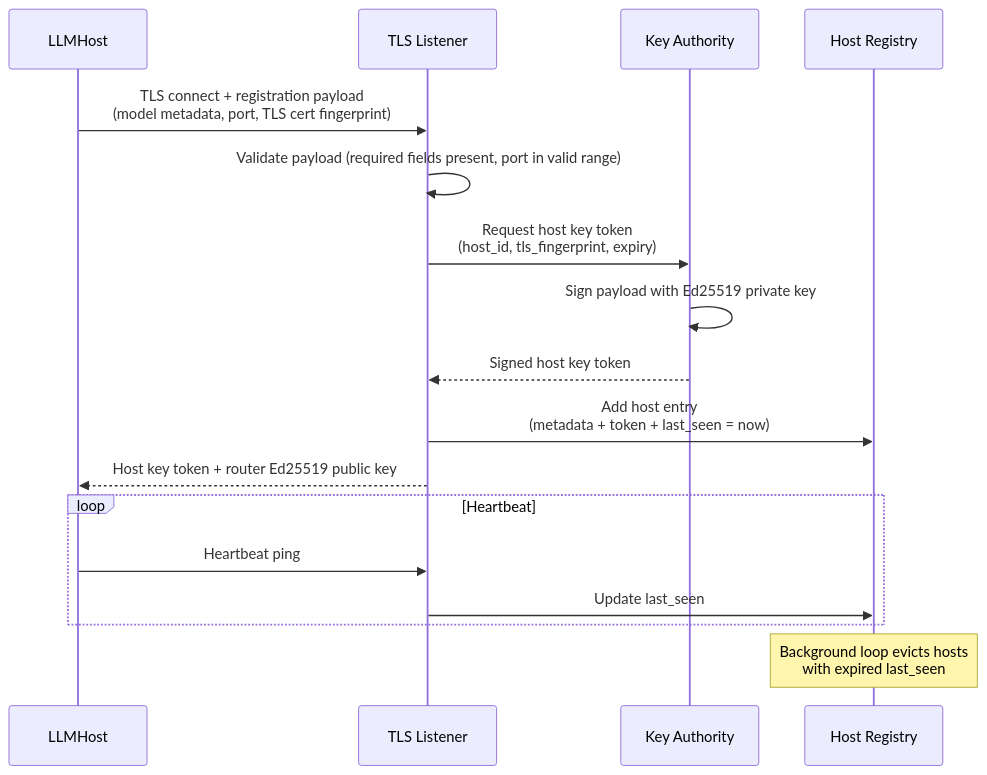
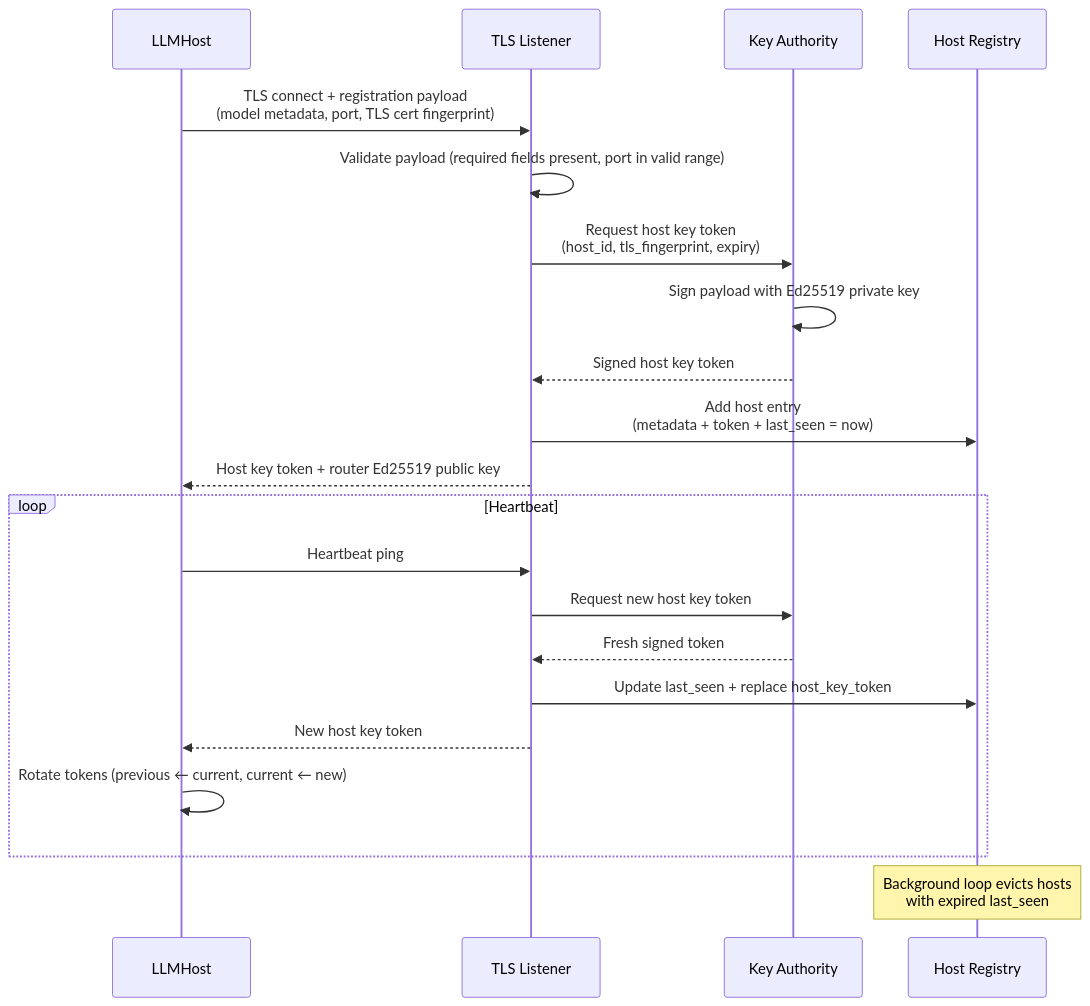
Before and after one commit to MartijnLammaing/ShareGrid: the second of 3 diagrams in docs/architecture_llmrouter.md, drawn with Mermaid. The commit also changed other lines of this file and 1 other file, not shown here.

````diff
--- a/docs/architecture_llmrouter.md
+++ b/docs/architecture_llmrouter.md
@@ -87,22 +90,26 @@
 ```mermaid
 sequenceDiagram
     participant H as LLMHost
     participant TLS as TLS Listener
     participant KA as Key Authority
     participant HR as Host Registry
 
     H->>TLS: TLS connect + registration payload<br/>(model metadata, port, TLS cert fingerprint)
     TLS->>TLS: Validate payload (required fields present, port in valid range)
     TLS->>KA: Request host key token<br/>(host_id, tls_fingerprint, expiry)
     KA->>KA: Sign payload with Ed25519 private key
     KA-->>TLS: Signed host key token
     TLS->>HR: Add host entry<br/>(metadata + token + last_seen = now)
     TLS-->>H: Host key token + router Ed25519 public key
 
     loop Heartbeat
         H->>TLS: Heartbeat ping
-        TLS->>HR: Update last_seen
+        TLS->>KA: Request new host key token
+        KA-->>TLS: Fresh signed token
+        TLS->>HR: Update last_seen + replace host_key_token
+        TLS-->>H: New host key token
+        H->>H: Rotate tokens (previous ← current, current ← new)
     end
 
     Note over HR: Background loop evicts hosts<br/>with expired last_seen
 ```
````
